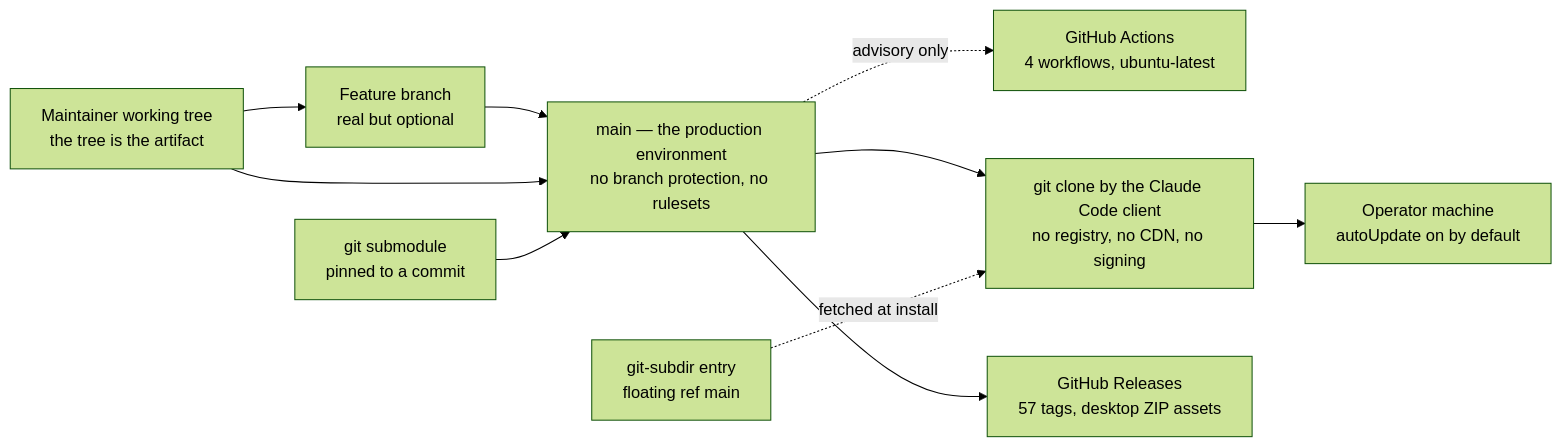
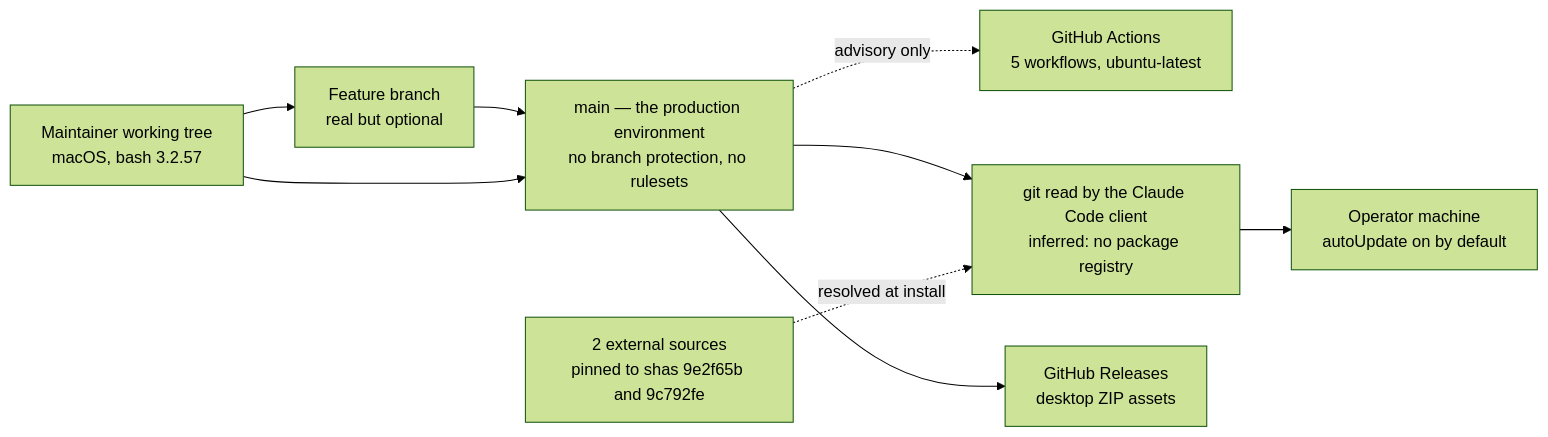
Before and after one commit to synaptiai/synapti-marketplace: the diagram in docs/dossier/02-architecture/infrastructure-and-deployment.md, drawn with Mermaid (forest theme). The commit also changed other lines of this file and 27 other files, not shown here.

````diff
--- a/docs/dossier/02-architecture/infrastructure-and-deployment.md
+++ b/docs/dossier/02-architecture/infrastructure-and-deployment.md
@@ -44,16 +54,15 @@
 ```mermaid
 %% The path from a keystroke to an installer's machine. Every node is a row in
 %% the environment or topology table above. The dashed edge is the only one that
 %% is optional in practice and the only one that is optional by policy: CI runs,
 %% and nothing requires it to pass before the solid edges are taken.
 graph LR
-  tree["Maintainer working tree<br/>the tree is the artifact"] --> branch["Feature branch<br/>real but optional"]
+  tree["Maintainer working tree<br/>macOS, bash 3.2.57"] --> branch["Feature branch<br/>real but optional"]
   branch --> main["main — the production environment<br/>no branch protection, no rulesets"]
   tree --> main
-  main -.->|"advisory only"| ci["GitHub Actions<br/>4 workflows, ubuntu-latest"]
-  main --> clone["git clone by the Claude Code client<br/>no registry, no CDN, no signing"]
+  main -.->|"advisory only"| ci["GitHub Actions<br/>5 workflows, ubuntu-latest"]
+  main --> clone["git read by the Claude Code client<br/>inferred: no package registry"]
   clone --> machine["Operator machine<br/>autoUpdate on by default"]
-  sub["git submodule<br/>pinned to a commit"] --> main
-  ext["git-subdir entry<br/>floating ref main"] -.->|"fetched at install"| clone
-  main --> rel["GitHub Releases<br/>57 tags, desktop ZIP assets"]
+  ext["2 external sources<br/>pinned to shas 9e2f65b and 9c792fe"] -.->|"resolved at install"| clone
+  main --> rel["GitHub Releases<br/>desktop ZIP assets"]
 ```
````
